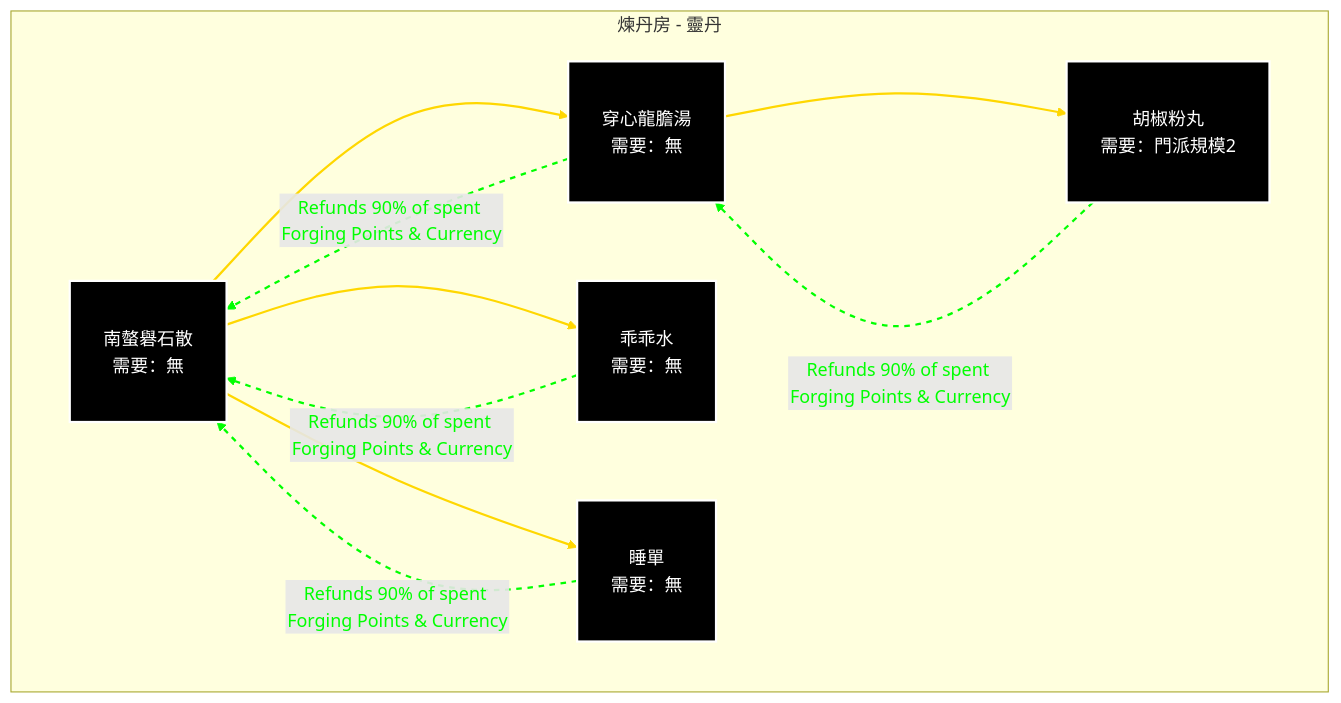
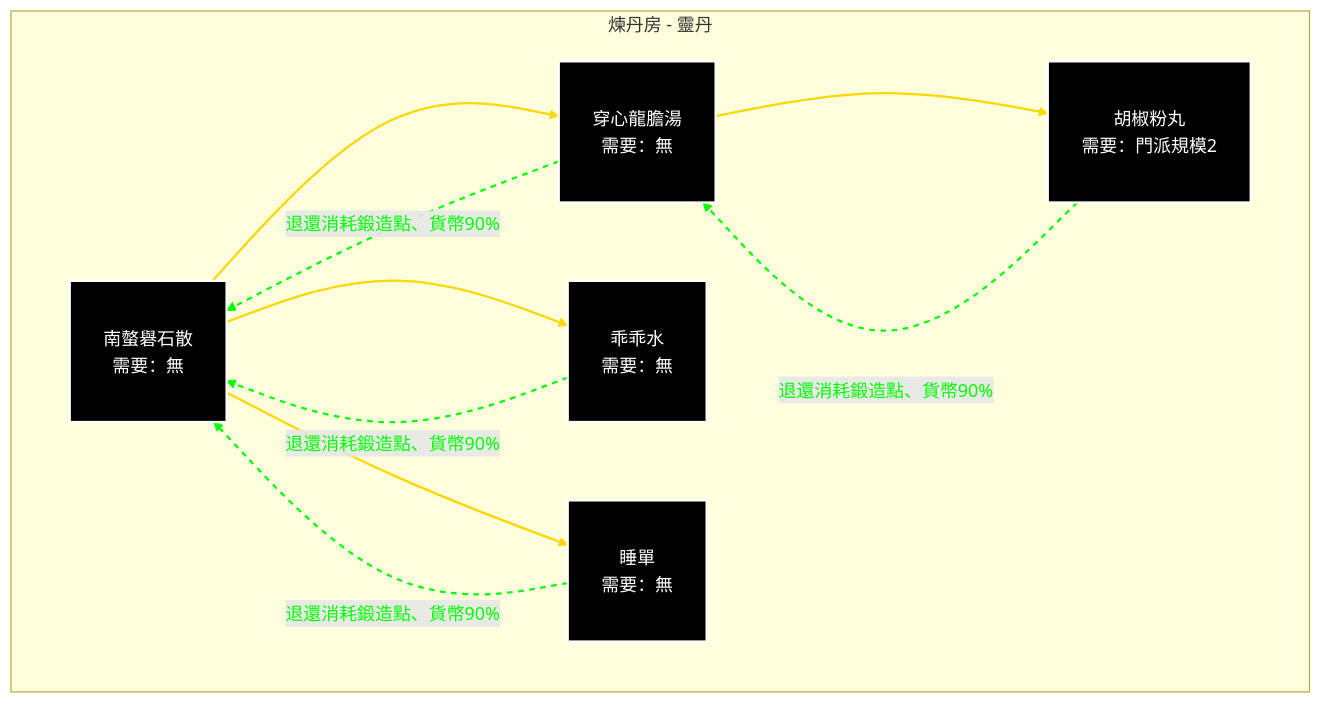
The seventh of 7 diagrams in docs/system/forge-roadmap.md (Mr-Smilin/LoM-wiki), drawn with Mermaid before and after one commit.

Commit message:
1. fix bug for chinese version

````diff
--- a/docs/system/forge-roadmap.md
+++ b/docs/system/forge-roadmap.md
@@ -290,44 +290,44 @@
 ```mermaid
 %%{init: {
   'flowchart': {
     'nodeSpacing': 70,
     'rankSpacing': 80,
     'theme': 'dark'
   }
 } }%%
 graph TB
   subgraph 煉丹房 - 靈丹
     A[南螫礜石散<br>需要：無]
     B[穿心龍膽湯<br>需要：無]
     C[乖乖水<br>需要：無]
     D[胡椒粉丸<br>需要：門派規模2]
     E[睡單<br>需要：無]
   end
 
   A --> B
   A --> C
   B --> D
   A --> E
 
-  B -.->|<font color='#00FF00'>Refunds 90% of spent Forging Points & Currency</font>| A
-  C -.->|<font color='#00FF00'>Refunds 90% of spent Forging Points & Currency</font>| A
-  D -.->|<font color='#00FF00'>Refunds 90% of spent Forging Points & Currency</font>| B
-  E -.->|<font color='#00FF00'>Refunds 90% of spent Forging Points & Currency</font>| A
+  B -.->|<font color='#00FF00'>退還消耗鍛造點、貨幣90%</font>| A
+  C -.->|<font color='#00FF00'>退還消耗鍛造點、貨幣90%</font>| A
+  D -.->|<font color='#00FF00'>退還消耗鍛造點、貨幣90%</font>| B
+  E -.->|<font color='#00FF00'>退還消耗鍛造點、貨幣90%</font>| A
 
   linkStyle 0 stroke:#FFD700,stroke-width:2px
   linkStyle 1 stroke:#FFD700,stroke-width:2px
   linkStyle 2 stroke:#FFD700,stroke-width:2px
   linkStyle 3 stroke:#FFD700,stroke-width:2px
   linkStyle 4 stroke:#00FF00,stroke-width:2px,stroke-dasharray:5,5
   linkStyle 5 stroke:#00FF00,stroke-width:2px,stroke-dasharray:5,5
   linkStyle 6 stroke:#00FF00,stroke-width:2px,stroke-dasharray:5,5
   linkStyle 7 stroke:#00FF00,stroke-width:2px,stroke-dasharray:5,5
 
   classDef default padding:15px,margin:10px,fill:#000,color:#FFF
   style A stroke:#FFF,stroke-width:2px,padding:15px,margin:10px,fill:#000,color:#FFF
   style B stroke:#FFF,stroke-width:2px,padding:15px,margin:10px,fill:#000,color:#FFF
   style C stroke:#FFF,stroke-width:2px,padding:15px,margin:10px,fill:#000,color:#FFF
   style D stroke:#FFF,stroke-width:2px,padding:15px,margin:10px,fill:#000,color:#FFF
   style E stroke:#FFF,stroke-width:2px,padding:15px,margin:10px,fill:#000,color:#FFF
 
 ```
````
